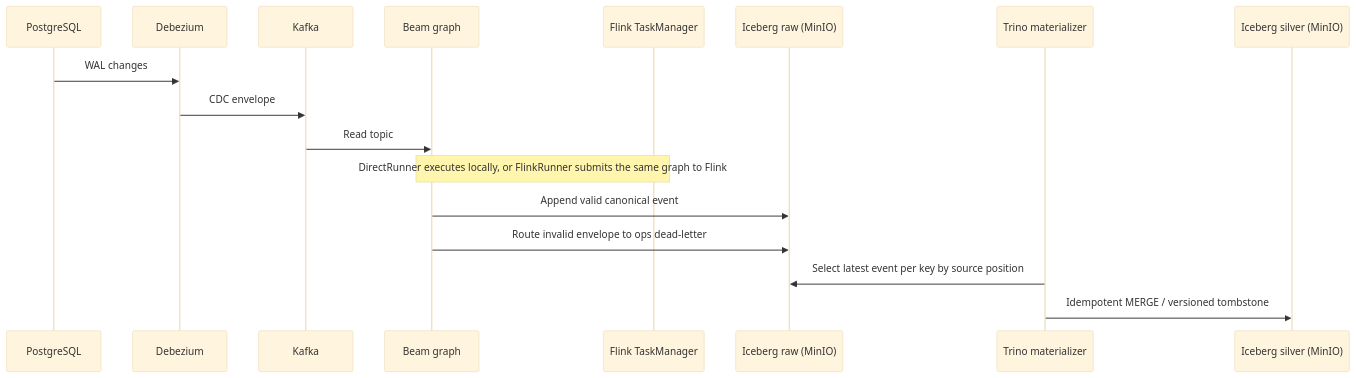
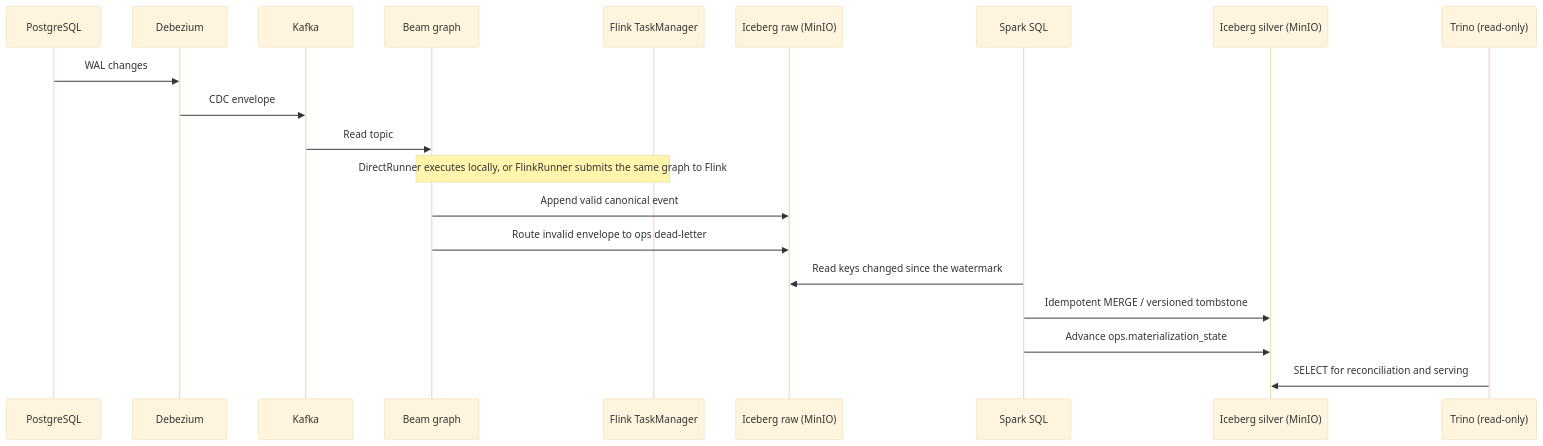
One commit to sergio11/portable_cdc_lakehouse_poc changed the second of 2 diagrams in README.md. Above: the diagram before and after it, drawn with Mermaid (base theme). The commit also changed other lines of this file and 2 other files, not shown here.

Commit message:
docs(readme): document the Spark transformation layer and refresh evidence

````diff
--- a/README.md
+++ b/README.md
@@ -92,20 +94,23 @@
 ```mermaid
 sequenceDiagram
     participant P as PostgreSQL
     participant D as Debezium
     participant K as Kafka
     participant B as Beam graph
     participant F as Flink TaskManager
     participant R as Iceberg raw (MinIO)
-    participant T as Trino materializer
+    participant X as Spark SQL
     participant S as Iceberg silver (MinIO)
+    participant T as Trino (read-only)
 
     P->>D: WAL changes
     D->>K: CDC envelope
     K->>B: Read topic
     Note over B,F: DirectRunner executes locally, or FlinkRunner submits the same graph to Flink
     B->>R: Append valid canonical event
     B->>R: Route invalid envelope to ops dead-letter
-    T->>R: Select latest event per key by source position
-    T->>S: Idempotent MERGE / versioned tombstone
+    X->>R: Read keys changed since the watermark
+    X->>S: Idempotent MERGE / versioned tombstone
+    X->>S: Advance ops.materialization_state
+    T->>S: SELECT for reconciliation and serving
 ```
````
